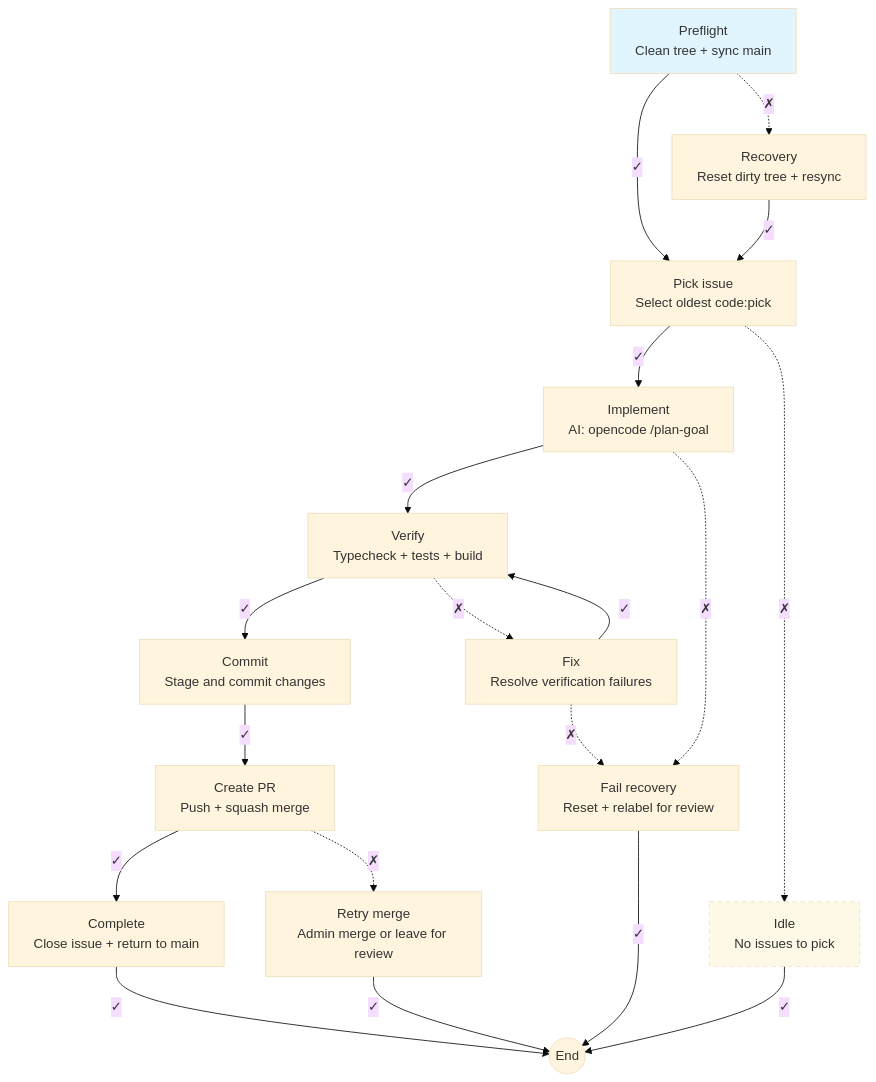
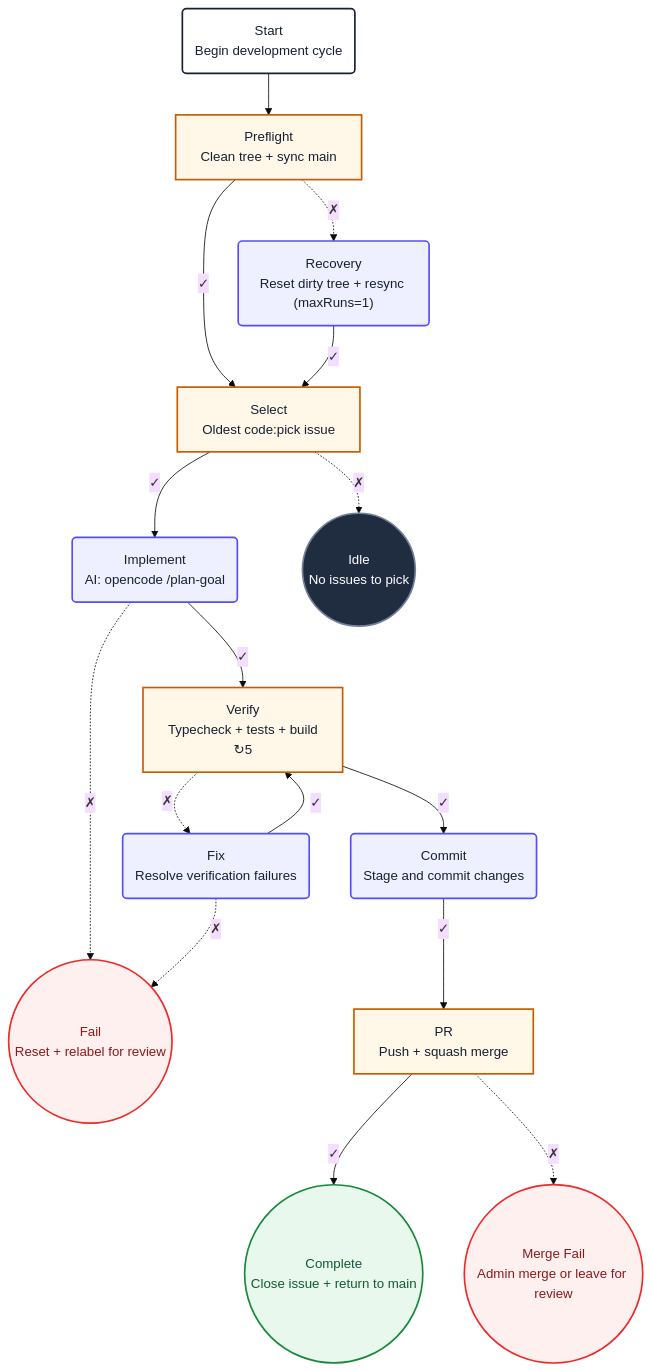
Before and after one commit to CKGrafico/loop-cli: the diagram in skills/loop-task-diagram/SKILL.md, drawn with Mermaid (base theme). The commit also changed other lines of this file and 3 other files, not shown here.

First line of the commit message:
feat: v3 Mermaid diagrams - shape/class system, maxRuns only on back-edge targets

````diff
--- a/skills/loop-task-diagram/SKILL.md
+++ b/skills/loop-task-diagram/SKILL.md
@@ -282,24 +232,34 @@
 ```mermaid
 flowchart TD
+    devStart("Start<br/>Begin development cycle") --> devPreflight
     devPreflight["Preflight<br/>Clean tree + sync main"] -->|✓| devPick
     devPreflight -.->|✗| devCleanDirty
-    devCleanDirty["Recovery<br/>Reset dirty tree + resync"] -->|✓| devPick
-    devPick["Pick issue<br/>Select oldest code:pick"] -->|✓| devImplement
+    devCleanDirty("Recovery<br/>Reset dirty tree + resync (maxRuns=1)") -->|✓| devPick
+    devPick["Select<br/>Oldest code:pick issue"] -->|✓| devImplement
     devPick -.->|✗| devNothing
-    devImplement["Implement<br/>AI: opencode /plan-goal"] -->|✓| devVerify
+    devImplement("Implement<br/>AI: opencode /plan-goal") -->|✓| devVerify
     devImplement -.->|✗| devFail
-    devVerify["Verify<br/>Typecheck + tests + build"] -->|✓| devCommit
+    devVerify["Verify<br/>Typecheck + tests + build<br/>↻5"] -->|✓| devCommit
     devVerify -.->|✗| devFix
-    devFix["Fix<br/>Resolve verification failures"] -->|✓| devVerify
+    devFix("Fix<br/>Resolve verification failures") -->|✓| devVerify
     devFix -.->|✗| devFail
-    devCommit["Commit<br/>Stage and commit changes"] -->|✓| devPr
-    devPr["Create PR<br/>Push + squash merge"] -->|✓| devComplete
+    devCommit("Commit<br/>Stage and commit changes") -->|✓| devPr
+    devPr["PR<br/>Push + squash merge"] -->|✓| devComplete
     devPr -.->|✗| devFailMerge
-    devComplete["Complete<br/>Close issue + return to main"] -->|✓| finalNode(("End"))
-    devFailMerge["Retry merge<br/>Admin merge or leave for review"] -->|✓| finalNode(("End"))
-    devFail["Fail recovery<br/>Reset + relabel for review"] -->|✓| finalNode(("End"))
-    devNothing["Idle<br/>No issues to pick"] -->|✓| finalNode(("End"))
-    style devPreflight fill:#e1f5fe
-    class devNothing silent
-    classDef silent stroke-dasharray:5 5,fill:#fef9e7
+    devComplete(("Complete<br/>Close issue + return to main"))
+    devFailMerge(("Merge Fail<br/>Admin merge or leave for review"))
+    devFail(("Fail<br/>Reset + relabel for review"))
+    devNothing(("Idle<br/>No issues to pick"))
+    classDef start fill:#ffffff,stroke:#172033,stroke-width:2px,color:#172033
+    classDef action fill:#eef0ff,stroke:#554cff,stroke-width:2px,color:#172033
+    classDef decision fill:#fff8e8,stroke:#c75b00,stroke-width:2px,color:#172033
+    classDef idle fill:#202c40,stroke:#738198,stroke-width:2px,color:#ffffff
+    classDef failure fill:#fff0f0,stroke:#ef2929,stroke-width:2px,color:#8b1a1a
+    classDef success fill:#e8f8ec,stroke:#18883c,stroke-width:2px,color:#145a32
+    class devStart start
+    class devCleanDirty,devImplement,devFix,devCommit action
+    class devPreflight,devPick,devVerify,devPr decision
+    class devNothing idle
+    class devFail,devFailMerge failure
+    class devComplete success
 ```
````
